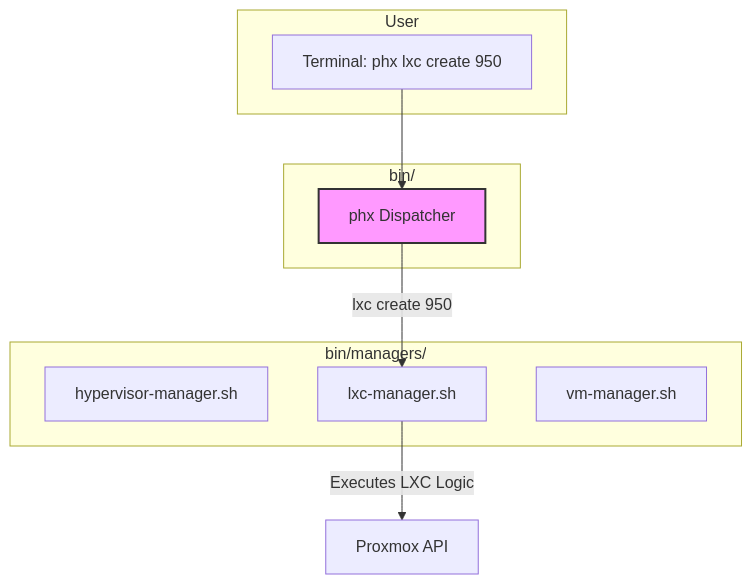
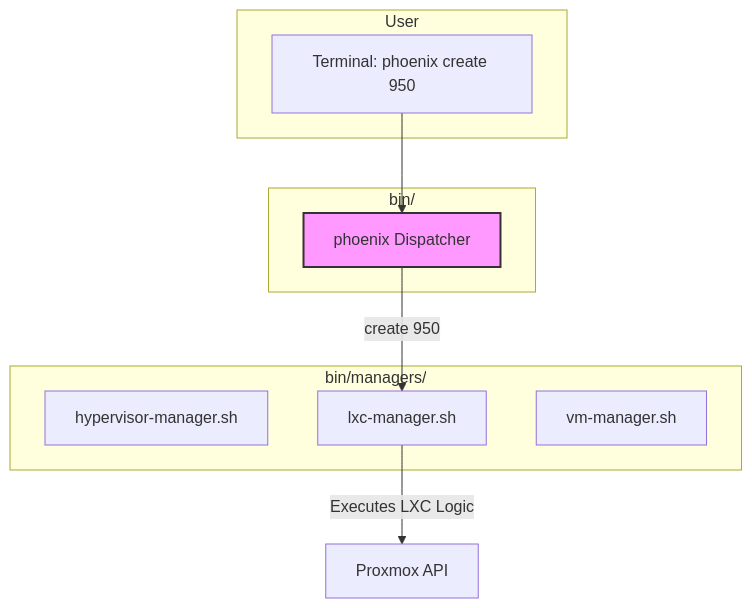
One commit to SirHeads/Testing-ideas changed the diagram in Thinkheads.AI_docs/02_technical_strategy_and_architecture/23_shell_orchestrator_refactor_proposal.md. Above: the diagram before and after it, drawn with Mermaid. The commit also changed other lines of this file and 51 other files, not shown here.

````diff
--- a/Thinkheads.AI_docs/02_technical_strategy_and_architecture/23_shell_orchestrator_refactor_proposal.md
+++ b/Thinkheads.AI_docs/02_technical_strategy_and_architecture/23_shell_orchestrator_refactor_proposal.md
@@ -82,22 +77,22 @@
 ```mermaid
 graph TD
     subgraph User
-        A[Terminal: phx lxc create 950]
+        A[Terminal: phoenix create 950]
     end
 
     subgraph "bin/"
-        B[phx Dispatcher]
+        B[phoenix Dispatcher]
     end
     
     subgraph "bin/managers/"
         C[hypervisor-manager.sh]
         D[lxc-manager.sh]
         E[vm-manager.sh]
     end
 
     A --> B;
-    B -- "lxc create 950" --> D;
+    B -- "create 950" --> D;
     D -- Executes LXC Logic --> F[Proxmox API];
 
     style B fill:#f9f,stroke:#333,stroke-width:2px
 ```
````
